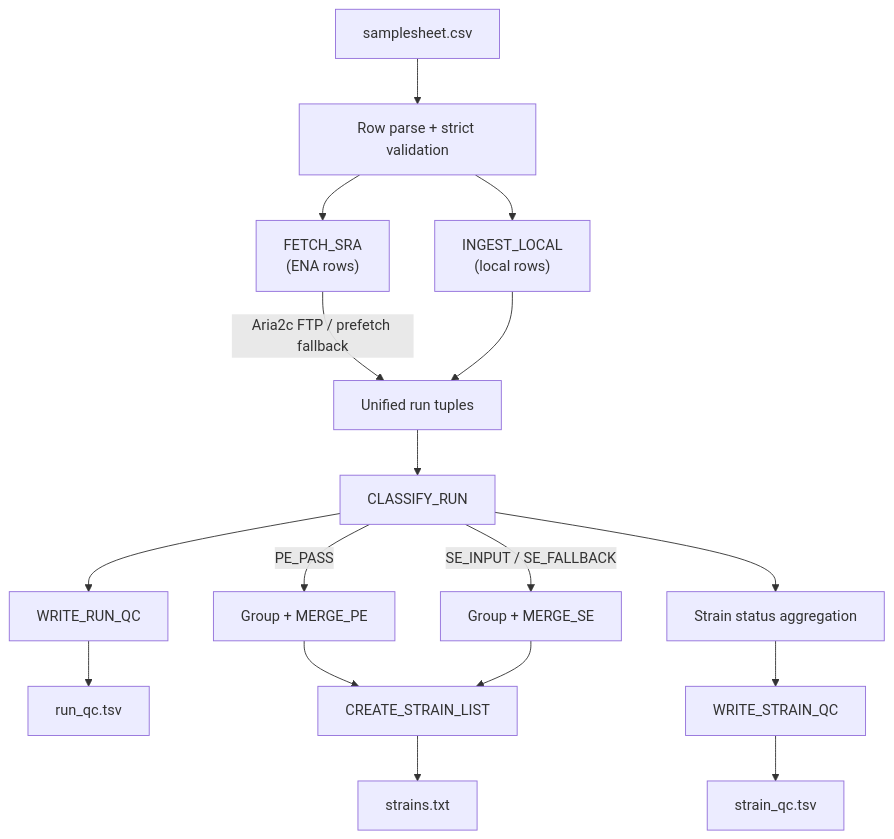
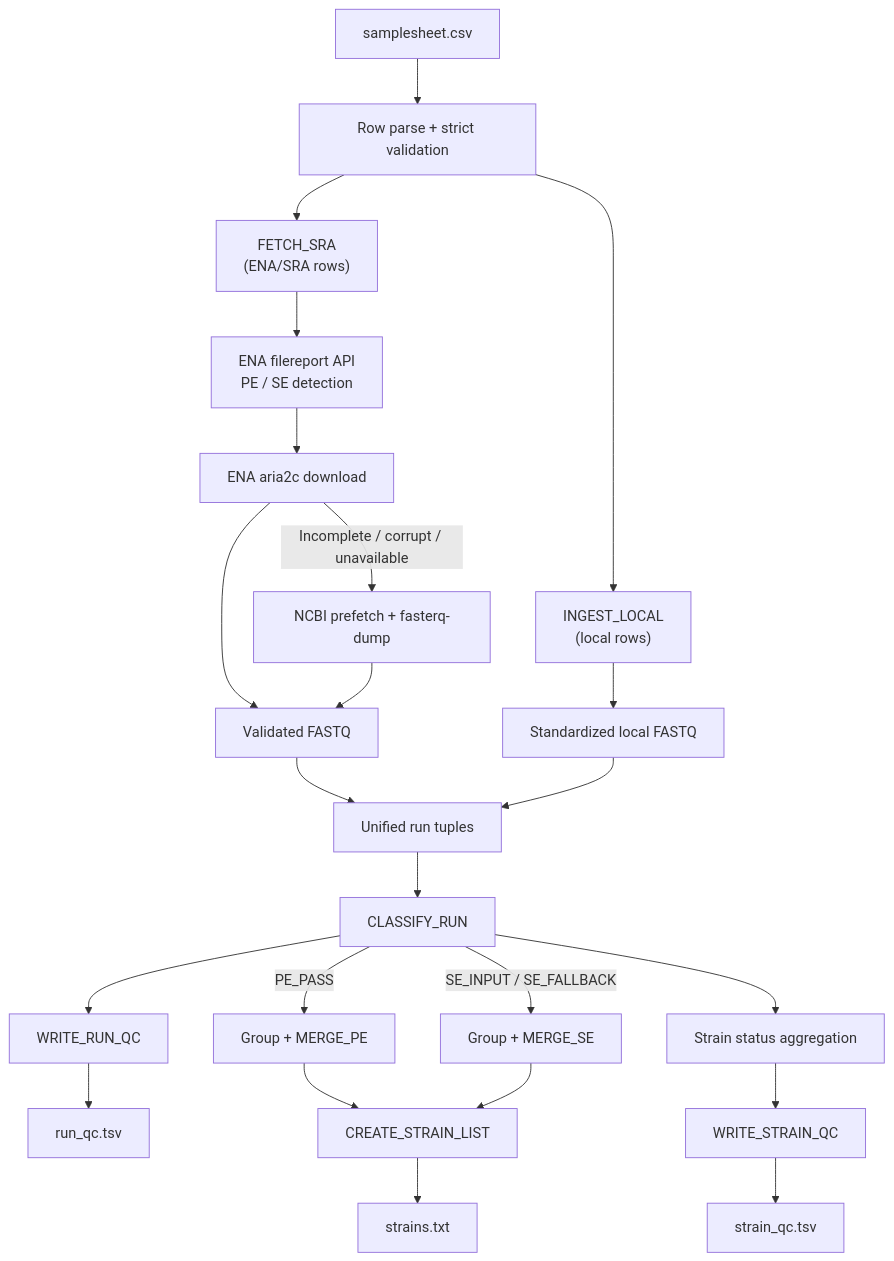
Before and after one commit to hanzala-14/saccharomyces-genomics-pipeline: the diagram in docs/MODULE_1_DATA_ACQUISITION.md, drawn with Mermaid. The commit also changed other lines of this file and 3 other files, not shown here.

````diff
--- a/docs/MODULE_1_DATA_ACQUISITION.md
+++ b/docs/MODULE_1_DATA_ACQUISITION.md
@@ -80,18 +115,32 @@
 ```mermaid
 flowchart TD
     A["samplesheet.csv"] --> B["Row parse + strict validation"]
-    B --> C1["FETCH_SRA<br/>(ENA rows)"]
+
+    B --> C1["FETCH_SRA<br/>(ENA/SRA rows)"]
     B --> C2["INGEST_LOCAL<br/>(local rows)"]
-    C1 -->|Aria2c FTP / prefetch fallback| D["Unified run tuples"]
-    C2 --> D
-    D --> E["CLASSIFY_RUN"]
-    E -->|PE_PASS| F["Group + MERGE_PE"]
-    E -->|SE_INPUT / SE_FALLBACK| G["Group + MERGE_SE"]
-    E --> H["WRITE_RUN_QC"] --> H_OUT["run_qc.tsv"]
-    E --> I["Strain status aggregation"]
-    I --> J["WRITE_STRAIN_QC"] --> J_OUT["strain_qc.tsv"]
-    F --> K["CREATE_STRAIN_LIST"] --> K_OUT["strains.txt"]
-    G --> K
 
+    C1 --> D1["ENA filereport API<br/>PE / SE detection"]
+    D1 --> D2["ENA aria2c download"]
+    D2 -->|Incomplete / corrupt / unavailable| D3["NCBI prefetch + fasterq-dump"]
 
+    D2 --> D4["Validated FASTQ"]
+    D3 --> D4
+
+    C2 --> D5["Standardized local FASTQ"]
+
+    D4 --> E["Unified run tuples"]
+    D5 --> E
+
+    E --> F["CLASSIFY_RUN"]
+
+    F -->|PE_PASS| G["Group + MERGE_PE"]
+    F -->|SE_INPUT / SE_FALLBACK| H["Group + MERGE_SE"]
+
+    F --> I["WRITE_RUN_QC"] --> I_OUT["run_qc.tsv"]
+
+    F --> J["Strain status aggregation"]
+    J --> K["WRITE_STRAIN_QC"] --> K_OUT["strain_qc.tsv"]
+
+    G --> L["CREATE_STRAIN_LIST"] --> L_OUT["strains.txt"]
+    H --> L
 ```
````
